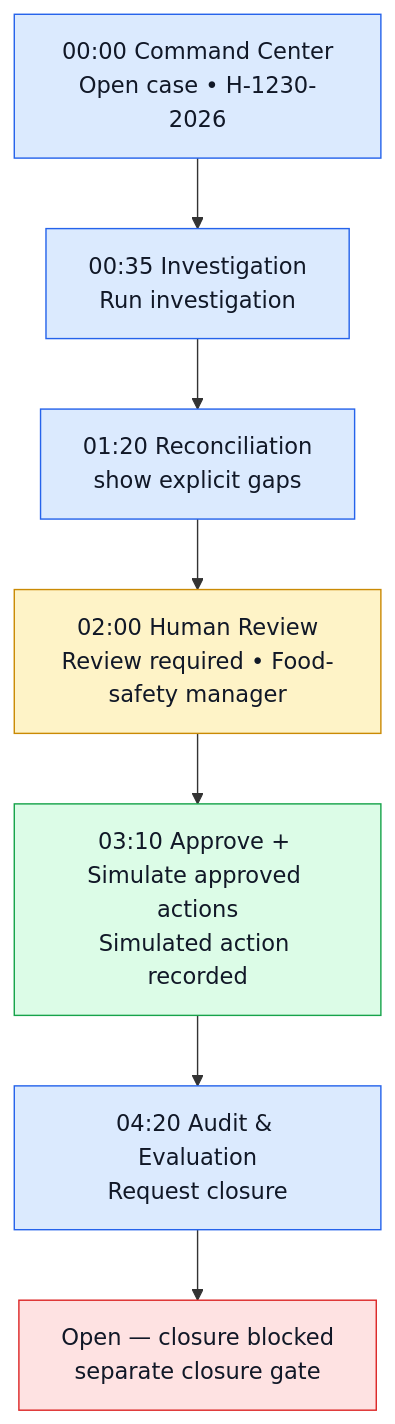
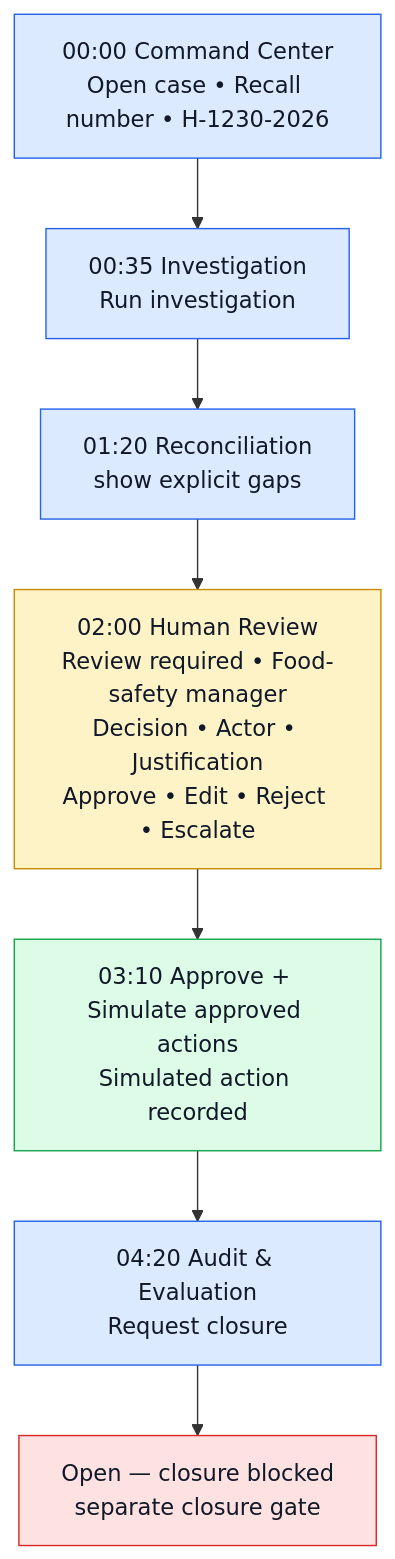
One commit to nagarjunakanamarlapudi/reacall-agents changed the diagram in docs/images/07_demo_story.mmd. Above: the diagram before and after it, drawn with Mermaid. The commit also changed 13 other files, not shown here.

Commit message:
docs: lock diagram toolchain and demo artifacts

```diff
--- a/docs/images/07_demo_story.mmd
+++ b/docs/images/07_demo_story.mmd
@@ -1,11 +1,11 @@
 flowchart TB
   classDef step fill:#dbeafe,stroke:#2563eb,color:#111827
   classDef human fill:#fef3c7,stroke:#ca8a04,color:#111827
   classDef safe fill:#dcfce7,stroke:#16a34a,color:#111827
   classDef block fill:#fee2e2,stroke:#dc2626,color:#111827
-  A["00:00 Command Center<br/>Open case • H-1230-2026"]:::step --> B["00:35 Investigation<br/>Run investigation"]:::step
+  A["00:00 Command Center<br/>Open case • Recall number • H-1230-2026"]:::step --> B["00:35 Investigation<br/>Run investigation"]:::step
   B --> C["01:20 Reconciliation<br/>show explicit gaps"]:::step
-  C --> D["02:00 Human Review<br/>Review required • Food-safety manager"]:::human
+  C --> D["02:00 Human Review<br/>Review required • Food-safety manager<br/>Decision • Actor • Justification<br/>Approve • Edit • Reject • Escalate"]:::human
   D --> E["03:10 Approve + Simulate approved actions<br/>Simulated action recorded"]:::safe
   E --> F["04:20 Audit & Evaluation<br/>Request closure"]:::step
   F --> G["Open — closure blocked<br/>separate closure gate"]:::block
```
